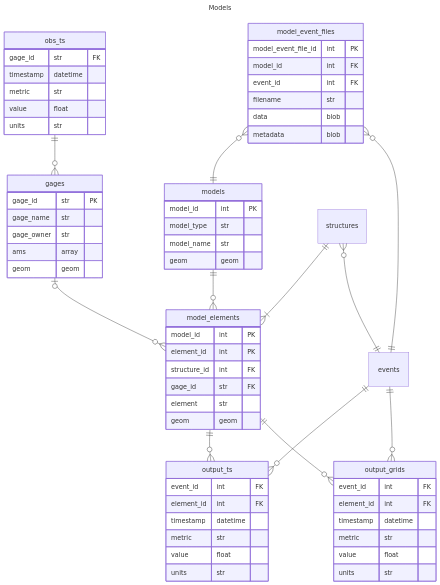
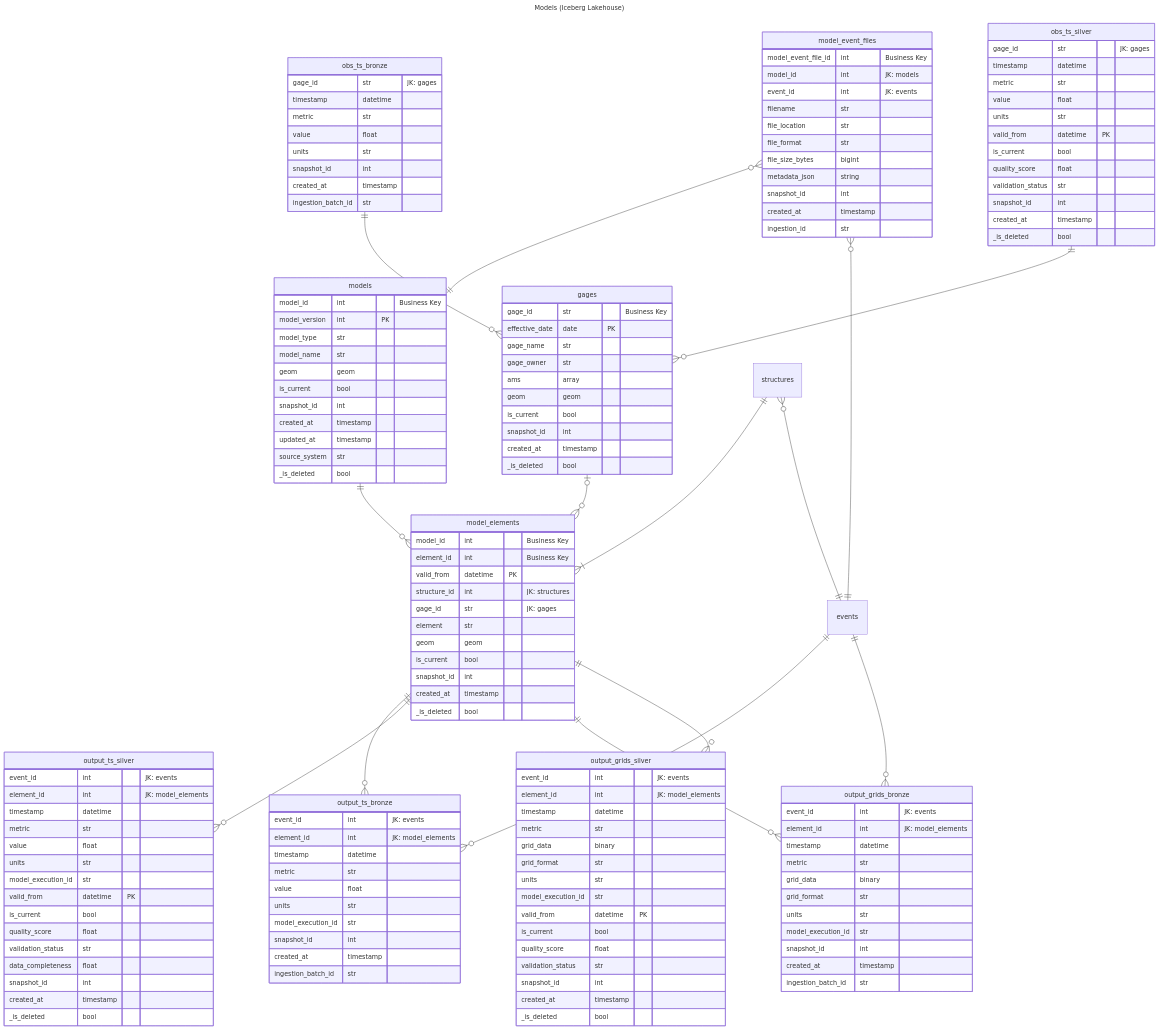
The diagram in models.mmd (fema-ffrd/ffrd-data-model), drawn with Mermaid before and after one commit. The commit also changed 14 other files, not shown here.

```diff
--- a/models.mmd
+++ b/models.mmd
@@ -1,74 +1,159 @@
 ---
-title: Models
+title: Models (Iceberg Lakehouse)
 ---
 
 erDiagram
 
-    obs_ts ||--o{ gages : ""
+    obs_ts_bronze ||--o{ gages : ""
+    obs_ts_silver ||--o{ gages : ""
     models ||--o{ model_elements : ""
-    model_elements ||--o{ output_ts : ""
-    model_elements ||--o{ output_grids : ""
+    model_elements ||--o{ output_ts_bronze : ""
+    model_elements ||--o{ output_ts_silver : ""
+    model_elements ||--o{ output_grids_bronze : ""
+    model_elements ||--o{ output_grids_silver : ""
     model_event_files }o--|| models : ""
     model_event_files }o--|| events : ""
     gages |o--o{ model_elements : ""
-    events ||--o{ output_ts : ""
-    events ||--o{ output_grids : ""
+    events ||--o{ output_ts_bronze : ""
+    events ||--o{ output_grids_bronze : ""
     structures ||--|{ model_elements : ""
     structures }o--|| events : ""
 
     events {
-       }
+    }
     gages {
-        gage_id str PK
+        gage_id str "Business Key"
+        effective_date date PK
         gage_name str
         gage_owner str
         ams array
         geom geom
+        is_current bool
+        snapshot_id int
+        created_at timestamp
+        _is_deleted bool
     }
     models {
-        model_id int PK
+        model_id int "Business Key"
+        model_version int PK
         model_type str
         model_name str
         geom geom
+        is_current bool
+        snapshot_id int
+        created_at timestamp
+        updated_at timestamp
+        source_system str
+        _is_deleted bool
     }
     model_elements {
-        model_id int PK
-        element_id int PK
-        structure_id int FK
-        gage_id str FK
+        model_id int "Business Key"
+        element_id int "Business Key"
+        valid_from datetime PK
+        structure_id int "JK: structures"
+        gage_id str "JK: gages"
         element str
         geom geom
+        is_current bool
+        snapshot_id int
+        created_at timestamp
+        _is_deleted bool
     }
     model_event_files {
-        model_event_file_id int PK
-        model_id int FK
-        event_id int FK
+        model_event_file_id int "Business Key"
+        model_id int "JK: models"
+        event_id int "JK: events"
         filename str
-        data blob
-        metadata blob
+        file_location str
+        file_format str
+        file_size_bytes bigint
+        metadata_json string
+        snapshot_id int
+        created_at timestamp
+        ingestion_id str
     }
-    output_ts {
-        event_id int FK
-        element_id int FK
+    output_ts_bronze {
+        event_id int "JK: events"
+        element_id int "JK: model_elements"
         timestamp datetime
         metric str
         value float
         units str
+        model_execution_id str
+        snapshot_id int
+        created_at timestamp
+        ingestion_batch_id str
     }
-    output_grids {
-        event_id int FK
-        element_id int FK
+    output_ts_silver {
+        event_id int "JK: events"
+        element_id int "JK: model_elements"
         timestamp datetime
         metric str
         value float
         units str
+        model_execution_id str
+        valid_from datetime PK
+        is_current bool
+        quality_score float
+        validation_status str
+        data_completeness float
+        snapshot_id int
+        created_at timestamp
+        _is_deleted bool
     }
-    obs_ts {
-        gage_id str FK
+    output_grids_bronze {
+        event_id int "JK: events"
+        element_id int "JK: model_elements"
+        timestamp datetime
+        metric str
+        grid_data binary
+        grid_format str
+        units str
+        model_execution_id str
+        snapshot_id int
+        created_at timestamp
+        ingestion_batch_id str
+    }
+    output_grids_silver {
+        event_id int "JK: events"
+        element_id int "JK: model_elements"
+        timestamp datetime
+        metric str
+        grid_data binary
+        grid_format str
+        units str
+        model_execution_id str
+        valid_from datetime PK
+        is_current bool
+        quality_score float
+        validation_status str
+        snapshot_id int
+        created_at timestamp
+        _is_deleted bool
+    }
+    obs_ts_bronze {
+        gage_id str "JK: gages"
         timestamp datetime
         metric str
         value float
         units str
+        snapshot_id int
+        created_at timestamp
+        ingestion_batch_id str
+    }
+    obs_ts_silver {
+        gage_id str "JK: gages"
+        timestamp datetime
+        metric str
+        value float
+        units str
+        valid_from datetime PK
+        is_current bool
+        quality_score float
+        validation_status str
+        snapshot_id int
+        created_at timestamp
+        _is_deleted bool
     }
     structures {
     }
```
